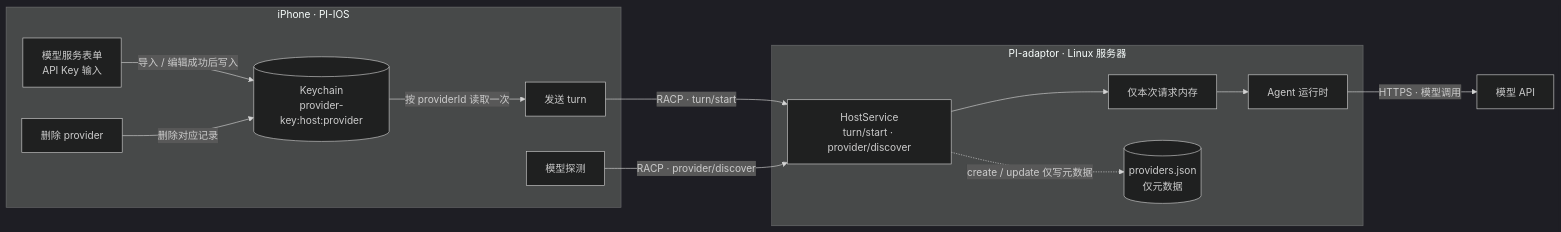
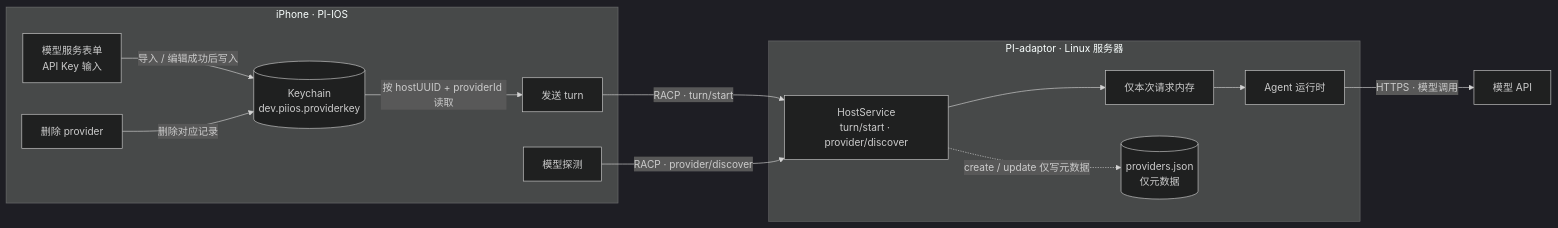
Before and after one commit to RuidongWang/PI-IOS: the second of 2 diagrams in README.md, drawn with Mermaid (dark theme). The commit also changed other lines of this file, not shown here.

Commit message:
docs: update iOS features, architecture and usage guide

````diff
--- a/README.md
+++ b/README.md
@@ -122,29 +132,29 @@
 ```mermaid
 flowchart LR
     subgraph Phone["iPhone · PI-IOS"]
         Form["模型服务表单<br/>API Key 输入"]
-        KC[("Keychain<br/>provider-key:host:provider")]
+        KC[("Keychain<br/>dev.piios.providerkey")]
         Send["发送 turn"]
         Probe["模型探测"]
         Delete["删除 provider"]
     end
 
     subgraph Host["PI-adaptor · Linux 服务器"]
         RACP["HostService<br/>turn/start · provider/discover"]
         Mem["仅本次请求内存"]
         Agent["Agent 运行时"]
         Meta[("providers.json<br/>仅元数据")]
     end
 
     Model["模型 API"]
 
     Form -->|"导入 / 编辑成功后写入"| KC
-    KC -->|"按 providerId 读取一次"| Send
+    KC -->|"按 hostUUID + providerId 读取"| Send
     Delete -->|"删除对应记录"| KC
     Send -->|"RACP · turn/start"| RACP
     Probe -->|"RACP · provider/discover"| RACP
     RACP --> Mem
     Mem --> Agent
     Agent -->|"HTTPS · 模型调用"| Model
     RACP -.->|"create / update 仅写元数据"| Meta
 ```
````
